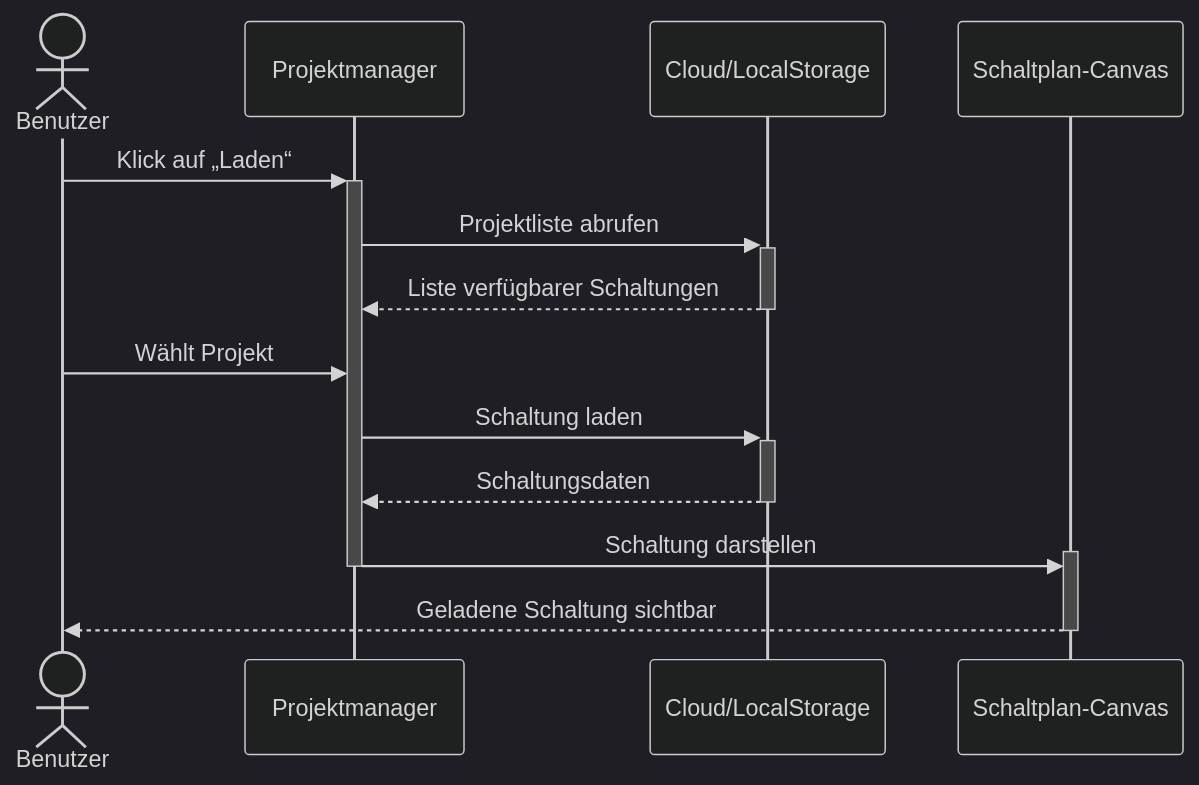
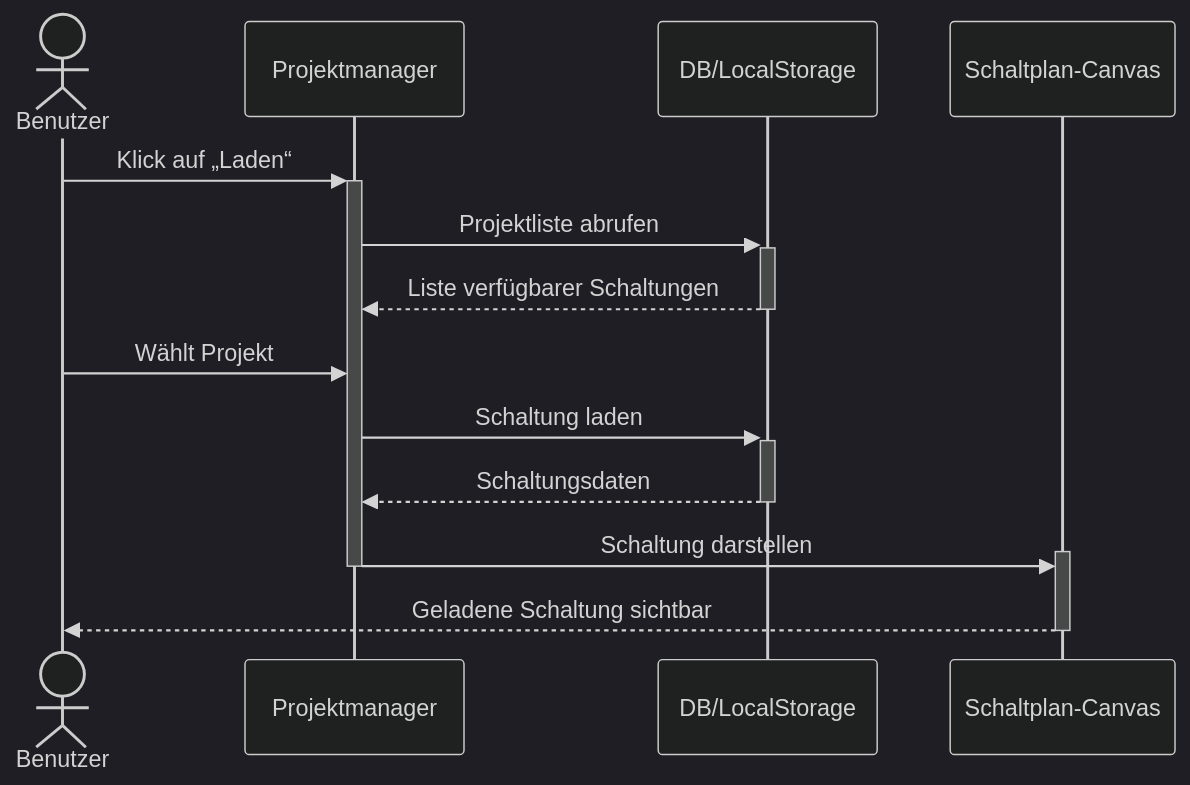
One commit to SimonJ2222/BitFlow changed diagram 16 of 23 in docs/use_cases/software_requirements_specification.md. Above: the diagram before and after it, drawn with Mermaid (dark theme). The commit also changed other lines of this file, not shown here.

Commit message:
Mockups hinzugefügt, Cloud in DB umbenannt

````diff
--- a/docs/use_cases/software_requirements_specification.md
+++ b/docs/use_cases/software_requirements_specification.md
@@ -712,18 +735,18 @@
 ```mermaid
 sequenceDiagram
     actor Benutzer
     participant System as Projektmanager
-    participant Cloud as Cloud/LocalStorage
+    participant DB as DB/LocalStorage
     participant Canvas as Schaltplan-Canvas
 
     Benutzer ->>+ System: Klick auf „Laden“
-    System ->>+ Cloud: Projektliste abrufen
-    Cloud -->>- System: Liste verfügbarer Schaltungen
+    System ->>+ DB: Projektliste abrufen
+    DB -->>- System: Liste verfügbarer Schaltungen
     Benutzer ->> System: Wählt Projekt
-    System ->>+ Cloud: Schaltung laden
-    Cloud -->>- System: Schaltungsdaten
+    System ->>+ DB: Schaltung laden
+    DB -->>- System: Schaltungsdaten
     System ->>+ Canvas: Schaltung darstellen
     deactivate System
     Canvas -->>- Benutzer: Geladene Schaltung sichtbar
 
 ```
````
